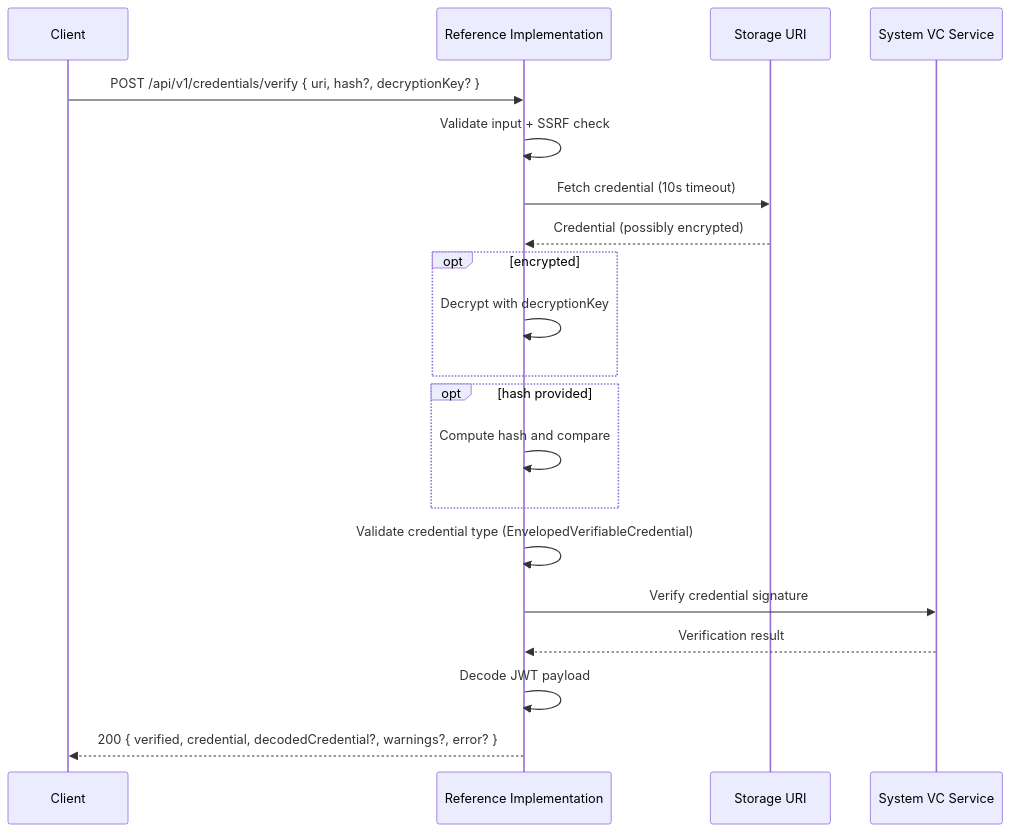
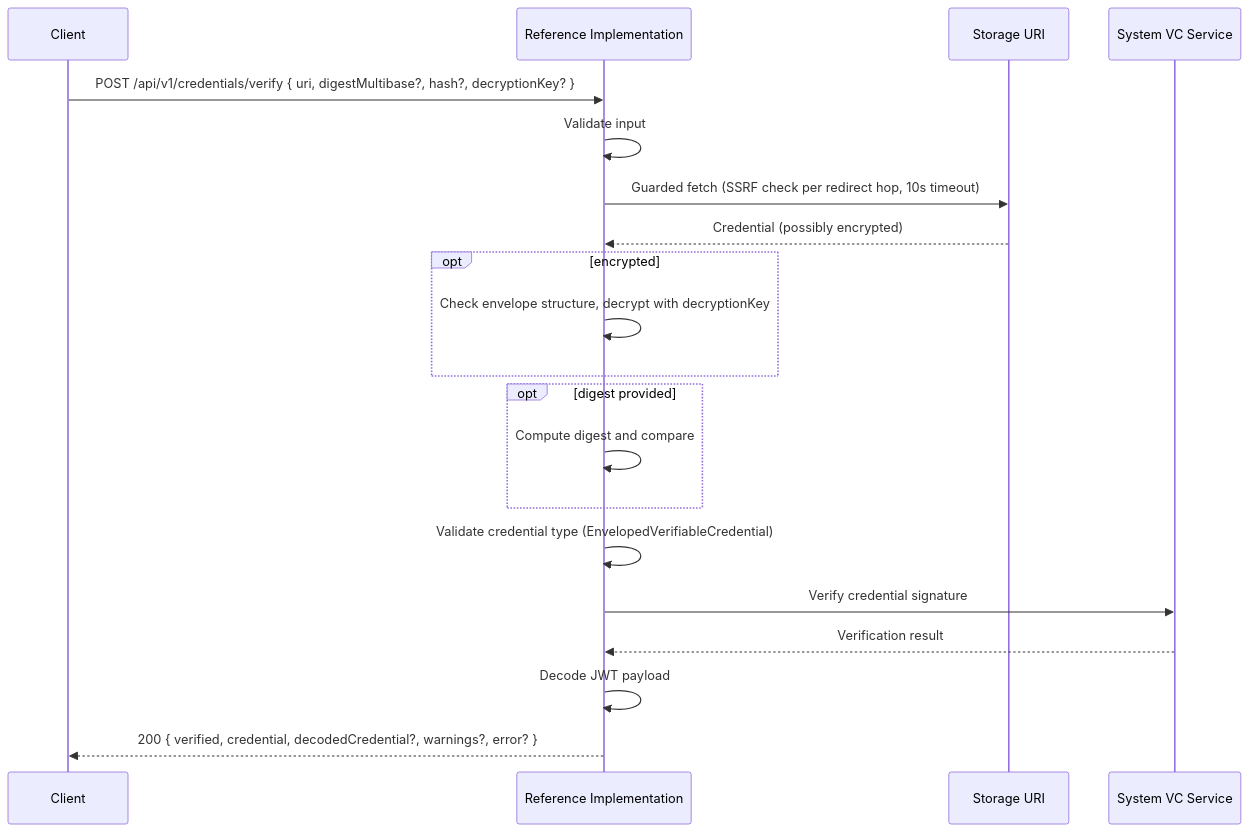
Before and after one commit to uncefact/tests-untp: the second of 2 diagrams in documentation/docs/reference-implementation/api/credentials.md, drawn with Mermaid. The commit also changed other lines of this file and 12 other files, not shown here.

Commit message:
feat(ri): prompt for a decryption key on the verify page and harden the verify fetch (#903)

````diff
--- a/documentation/docs/reference-implementation/api/credentials.md
+++ b/documentation/docs/reference-implementation/api/credentials.md
@@ -304,23 +304,23 @@
 ```mermaid
 sequenceDiagram
     participant Client
     participant RI as Reference Implementation
     participant Storage as Storage URI
     participant VC as System VC Service
 
-    Client->>RI: POST /api/v1/credentials/verify { uri, hash?, decryptionKey? }
-    RI->>RI: Validate input + SSRF check
-    RI->>Storage: Fetch credential (10s timeout)
+    Client->>RI: POST /api/v1/credentials/verify { uri, digestMultibase?, hash?, decryptionKey? }
+    RI->>RI: Validate input
+    RI->>Storage: Guarded fetch (SSRF check per redirect hop, 10s timeout)
     Storage-->>RI: Credential (possibly encrypted)
     opt encrypted
-        RI->>RI: Decrypt with decryptionKey
+        RI->>RI: Check envelope structure, decrypt with decryptionKey
     end
-    opt hash provided
-        RI->>RI: Compute hash and compare
+    opt digest provided
+        RI->>RI: Compute digest and compare
     end
     RI->>RI: Validate credential type (EnvelopedVerifiableCredential)
     RI->>VC: Verify credential signature
     VC-->>RI: Verification result
     RI->>RI: Decode JWT payload
     RI-->>Client: 200 { verified, credential, decodedCredential?, warnings?, error? }
 ```
````
